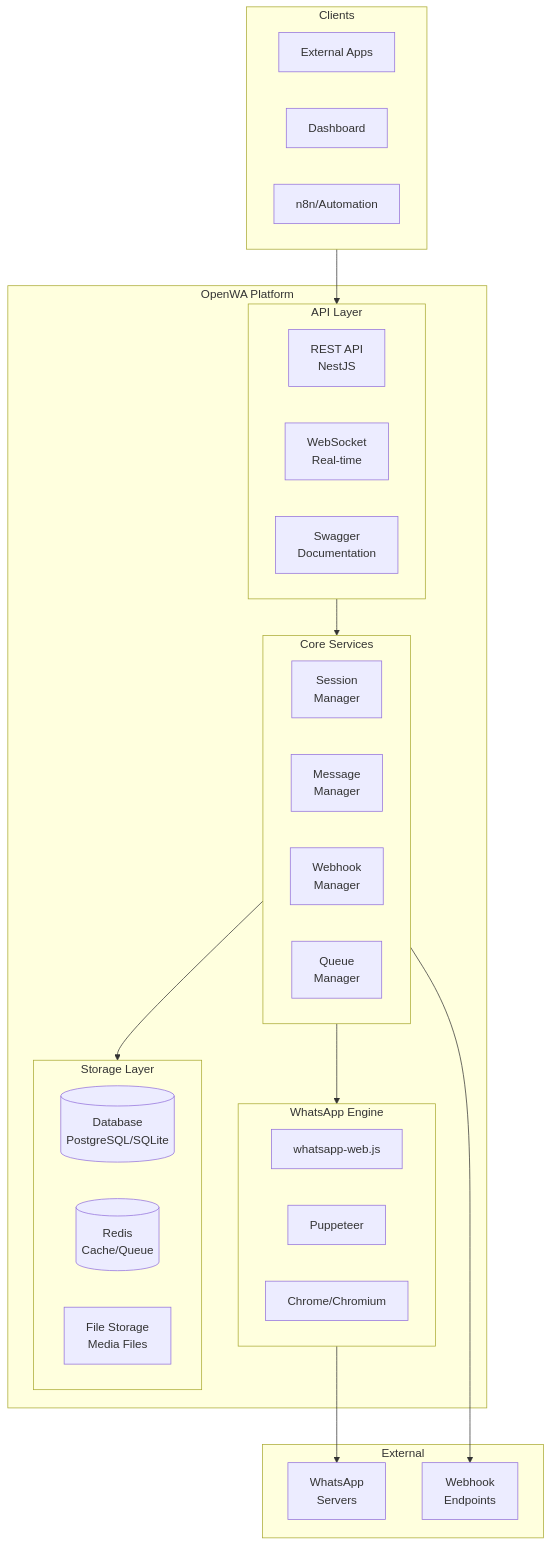
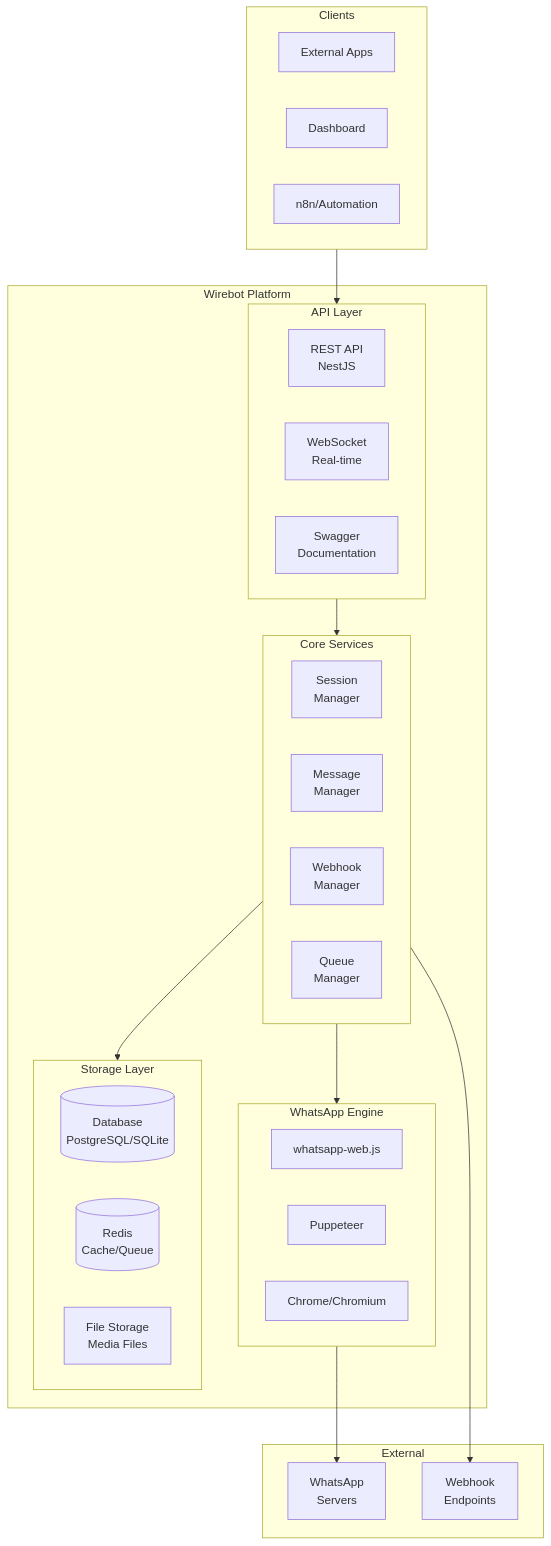
The first of 24 diagrams in docs/03-system-architecture.md (Octapus-systems/whatsapp_Dashboard), drawn with Mermaid before and after one commit. The commit also changed other lines of this file and 86 other files, not shown here.

Commit message:
chore: rebrand OpenWA to Wirebot, attribute to Jishad

````diff
--- a/docs/03-system-architecture.md
+++ b/docs/03-system-architecture.md
@@ -7,47 +7,47 @@
 ```mermaid
 flowchart TB
     subgraph Clients["Clients"]
         C1[External Apps]
         C2[Dashboard]
         C3[n8n/Automation]
     end
     
-    subgraph OpenWA["OpenWA Platform"]
+    subgraph Wirebot["Wirebot Platform"]
         subgraph API["API Layer"]
             REST[REST API<br/>NestJS]
             WS[WebSocket<br/>Real-time]
             SWAGGER[Swagger<br/>Documentation]
         end
         
         subgraph Core["Core Services"]
             SM[Session<br/>Manager]
             MM[Message<br/>Manager]
             WH[Webhook<br/>Manager]
             QM[Queue<br/>Manager]
         end
         
         subgraph Engine["WhatsApp Engine"]
             WW[whatsapp-web.js]
             PP[Puppeteer]
             CH[Chrome/Chromium]
         end
         
         subgraph Storage["Storage Layer"]
             DB[(Database<br/>PostgreSQL/SQLite)]
             REDIS[(Redis<br/>Cache/Queue)]
             FS[File Storage<br/>Media Files]
         end
     end
     
     subgraph External["External"]
         WA[WhatsApp<br/>Servers]
         WEBHOOK[Webhook<br/>Endpoints]
     end
     
     Clients --> API
     API --> Core
     Core --> Engine
     Core --> Storage
     Engine --> WA
     Core --> WEBHOOK
 ```
````
